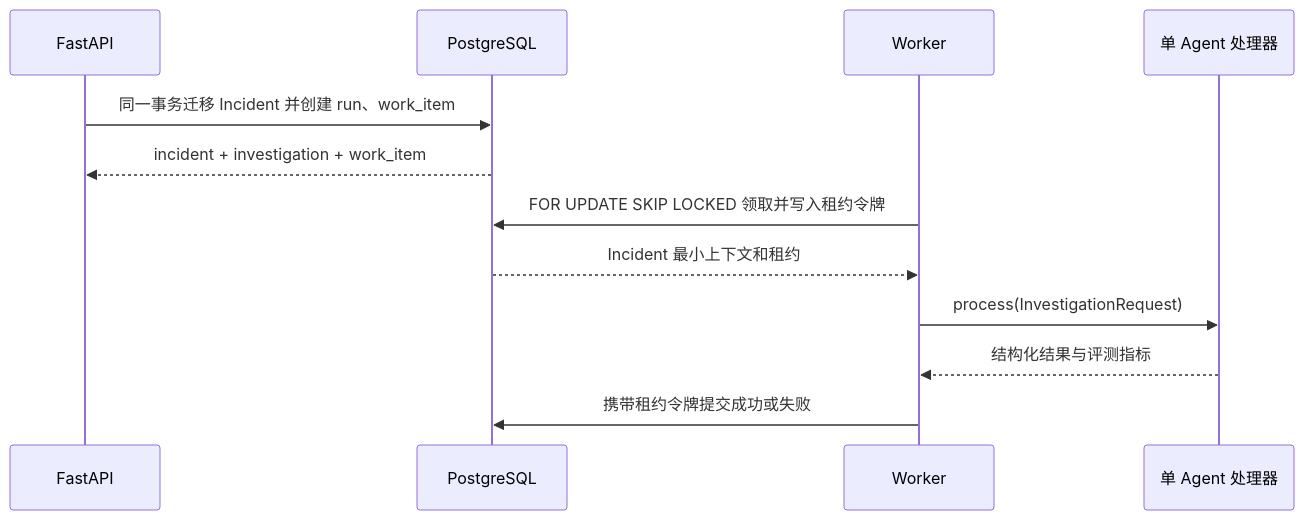
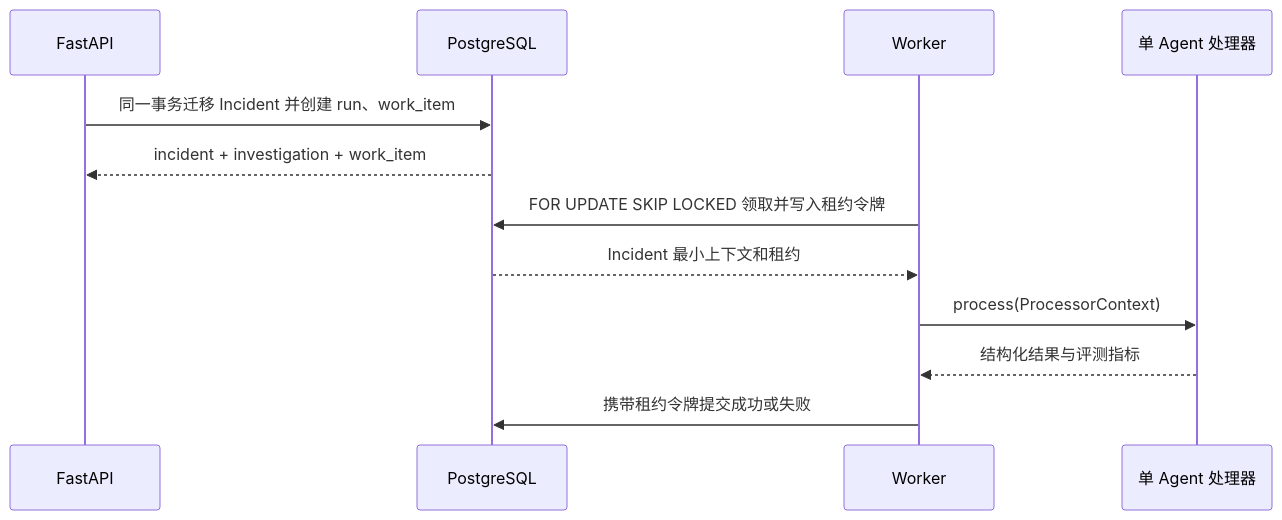
The diagram in docs/architecture/07-persistent-investigation-worker.md (kill-t/ops-swarm), drawn with Mermaid before and after one commit. The commit also changed other lines of this file and 29 other files, not shown here.

````diff
--- a/docs/architecture/07-persistent-investigation-worker.md
+++ b/docs/architecture/07-persistent-investigation-worker.md
@@ -11,15 +11,15 @@
 ```mermaid
 sequenceDiagram
     participant API as FastAPI
     participant DB as PostgreSQL
     participant Worker
     participant Processor as 单 Agent 处理器
 
     API->>DB: 同一事务迁移 Incident 并创建 run、work_item
     DB-->>API: incident + investigation + work_item
     Worker->>DB: FOR UPDATE SKIP LOCKED 领取并写入租约令牌
     DB-->>Worker: Incident 最小上下文和租约
-    Worker->>Processor: process(InvestigationRequest)
+    Worker->>Processor: process(ProcessorContext)
     Processor-->>Worker: 结构化结果与评测指标
     Worker->>DB: 携带租约令牌提交成功或失败
 ```
````
